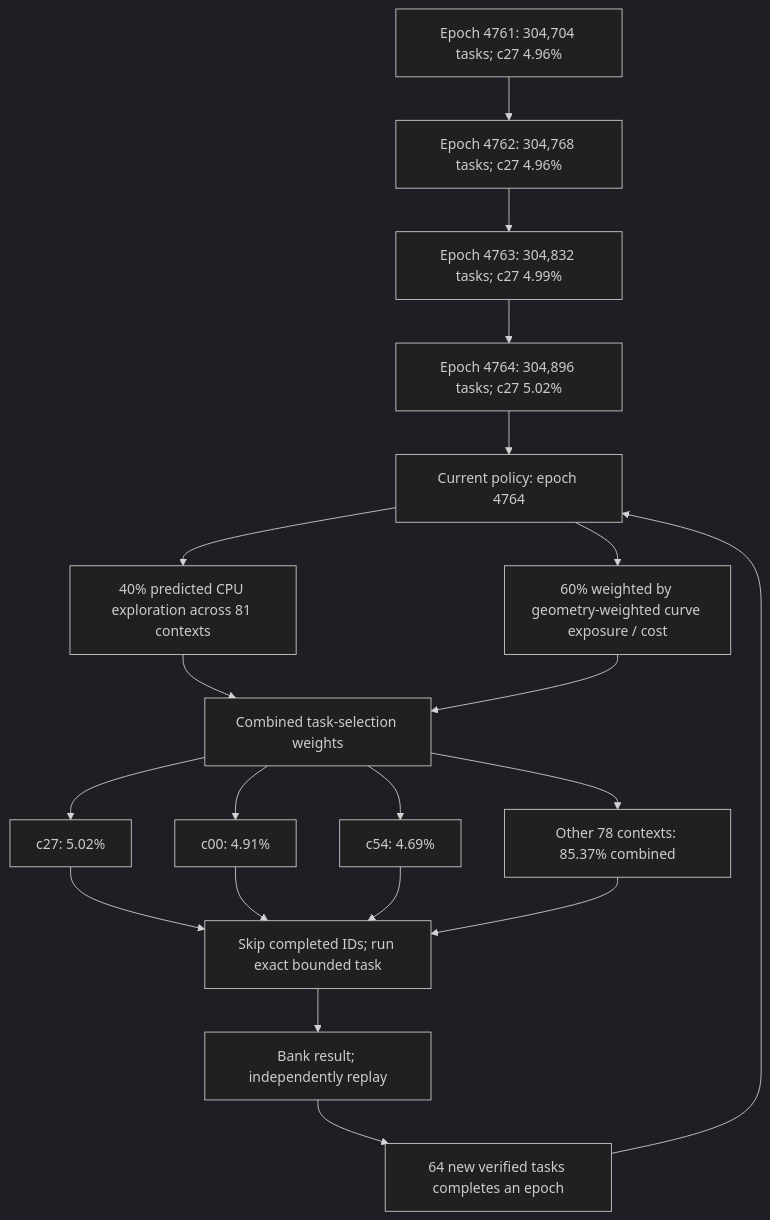
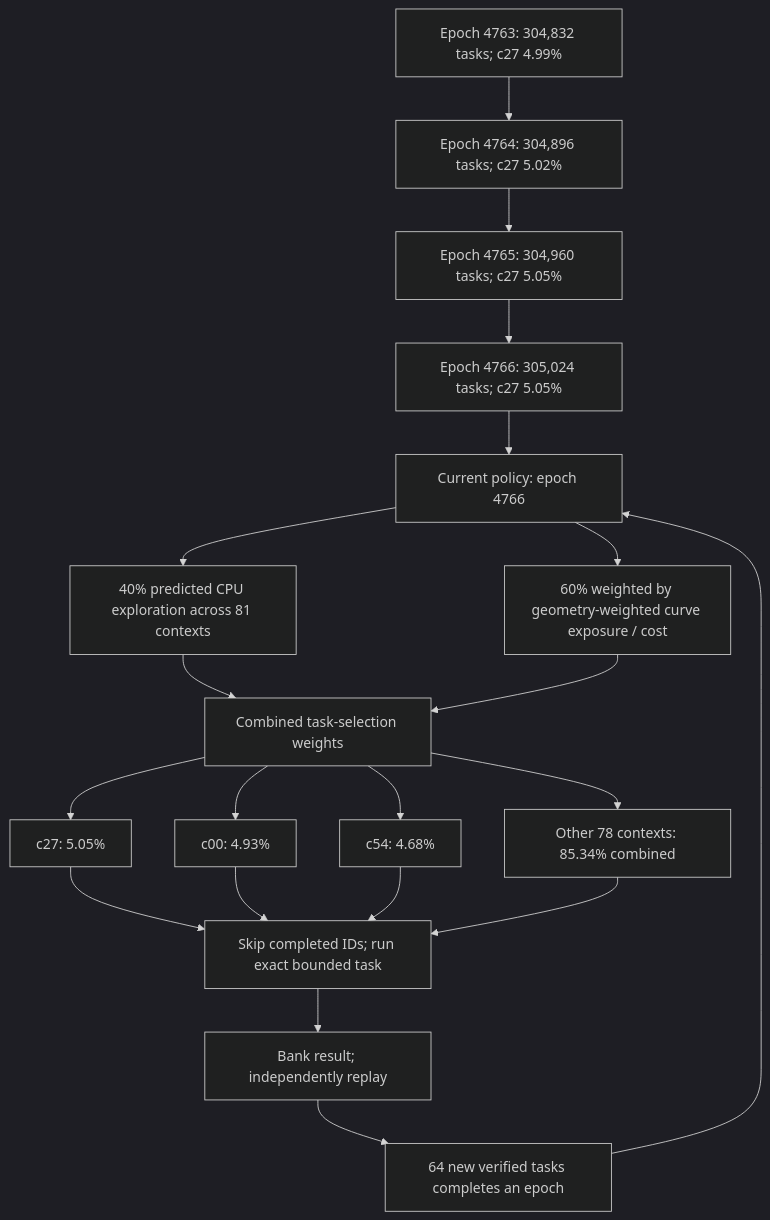
Before and after one commit to Kuberwastaken/math-gambling: the first of 3 diagrams in README.md, drawn with Mermaid (dark theme). The commit also changed other lines of this file and 367 other files, not shown here.

````diff
--- a/README.md
+++ b/README.md
@@ -60,27 +60,27 @@
 ```mermaid
 flowchart TD
-    H0["Epoch 4761: 304,704 tasks; c27 4.96%"]
-    H1["Epoch 4762: 304,768 tasks; c27 4.96%"]
+    H0["Epoch 4763: 304,832 tasks; c27 4.99%"]
+    H1["Epoch 4764: 304,896 tasks; c27 5.02%"]
     H0 --> H1
-    H2["Epoch 4763: 304,832 tasks; c27 4.99%"]
+    H2["Epoch 4765: 304,960 tasks; c27 5.05%"]
     H1 --> H2
-    H3["Epoch 4764: 304,896 tasks; c27 5.02%"]
+    H3["Epoch 4766: 305,024 tasks; c27 5.05%"]
     H2 --> H3
-    Policy["Current policy: epoch 4764"]
+    Policy["Current policy: epoch 4766"]
     H3 --> Policy
     Policy --> Explore["40% predicted CPU exploration across 81 contexts"]
     Policy --> Cost["60% weighted by geometry-weighted curve exposure / cost"]
     Explore --> Mix["Combined task-selection weights"]
     Cost --> Mix
-    Mix --> C0["c27: 5.02%"]
-    Mix --> C1["c00: 4.91%"]
-    Mix --> C2["c54: 4.69%"]
-    Mix --> Rest["Other 78 contexts: 85.37% combined"]
+    Mix --> C0["c27: 5.05%"]
+    Mix --> C1["c00: 4.93%"]
+    Mix --> C2["c54: 4.68%"]
+    Mix --> Rest["Other 78 contexts: 85.34% combined"]
     C0 --> Check["Skip completed IDs; run exact bounded task"]
     C1 --> Check
     C2 --> Check
     Rest --> Check
     Check --> Replay["Bank result; independently replay"]
     Replay --> Gate["64 new verified tasks completes an epoch"]
     Gate --> Policy
 ```
````
